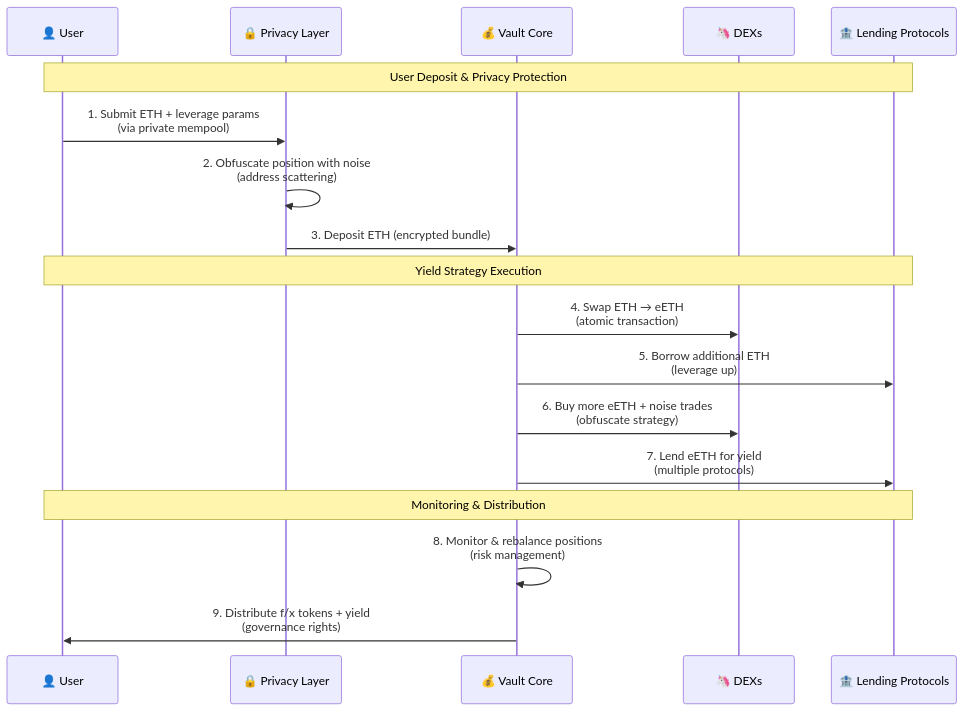
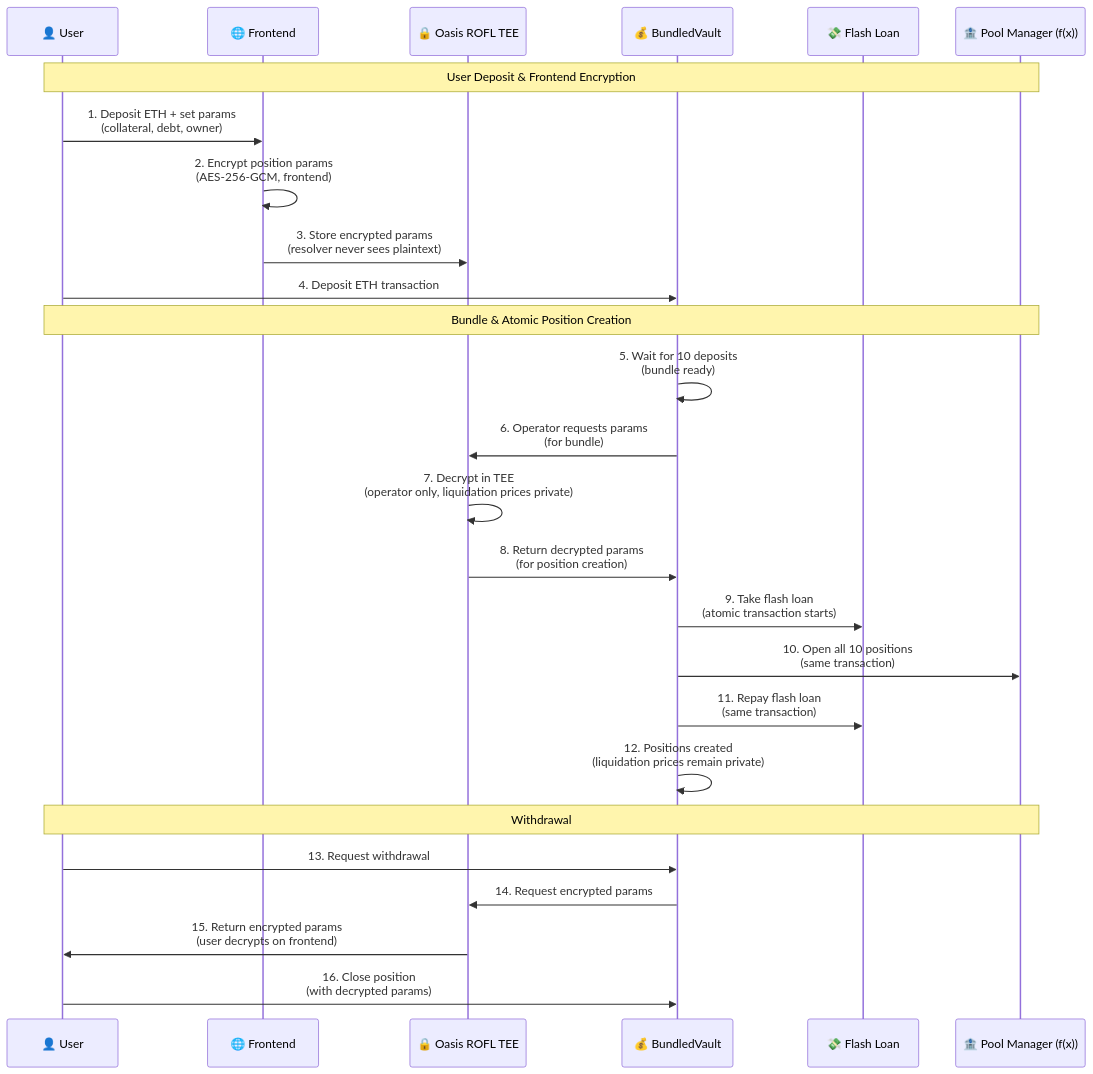
One commit to arseneeth/shayd changed the second of 4 diagrams in mermaid/shadow-splitter.md. Above: the diagram before and after it, drawn with Mermaid. The commit also changed other lines of this file and 22 other files, not shown here.

````diff
--- a/mermaid/shadow-splitter.md
+++ b/mermaid/shadow-splitter.md
@@ -69,23 +69,31 @@
 ```mermaid
 sequenceDiagram
     participant U as 👤 User
-    participant P as 🔒 Privacy Layer
-    participant V as 💰 Vault Core
-    participant D as 🦄 DEXs
-    participant L as 🏦 Lending Protocols
+    participant F as 🌐 Frontend
+    participant T as 🔒 Oasis ROFL TEE
+    participant V as 💰 BundledVault
+    participant FL as 💸 Flash Loan
+    participant P as 🏦 Pool Manager (f(x))
     
-    Note over U,L: User Deposit & Privacy Protection
-    U->>P: 1. Submit ETH + leverage params<br/>(via private mempool)
-    P->>P: 2. Obfuscate position with noise<br/>(address scattering)
-    P->>V: 3. Deposit ETH (encrypted bundle)
+    Note over U,P: User Deposit & Frontend Encryption
+    U->>F: 1. Deposit ETH + set params<br/>(collateral, debt, owner)
+    F->>F: 2. Encrypt position params<br/>(AES-256-GCM, frontend)
+    F->>T: 3. Store encrypted params<br/>(resolver never sees plaintext)
+    U->>V: 4. Deposit ETH transaction
     
-    Note over U,L: Yield Strategy Execution
-    V->>D: 4. Swap ETH → eETH<br/>(atomic transaction)
-    V->>L: 5. Borrow additional ETH<br/>(leverage up)
-    V->>D: 6. Buy more eETH + noise trades<br/>(obfuscate strategy)
-    V->>L: 7. Lend eETH for yield<br/>(multiple protocols)
+    Note over U,P: Bundle & Atomic Position Creation
+    V->>V: 5. Wait for 10 deposits<br/>(bundle ready)
+    V->>T: 6. Operator requests params<br/>(for bundle)
+    T->>T: 7. Decrypt in TEE<br/>(operator only, liquidation prices private)
+    T->>V: 8. Return decrypted params<br/>(for position creation)
+    V->>FL: 9. Take flash loan<br/>(atomic transaction starts)
+    V->>P: 10. Open all 10 positions<br/>(same transaction)
+    V->>FL: 11. Repay flash loan<br/>(same transaction)
+    V->>V: 12. Positions created<br/>(liquidation prices remain private)
     
-    Note over U,L: Monitoring & Distribution
-    V->>V: 8. Monitor & rebalance positions<br/>(risk management)
-    V->>U: 9. Distribute f/x tokens + yield<br/>(governance rights)
+    Note over U,P: Withdrawal
+    U->>V: 13. Request withdrawal
+    V->>T: 14. Request encrypted params
+    T->>U: 15. Return encrypted params<br/>(user decrypts on frontend)
+    U->>V: 16. Close position<br/>(with decrypted params)
 ```
````
